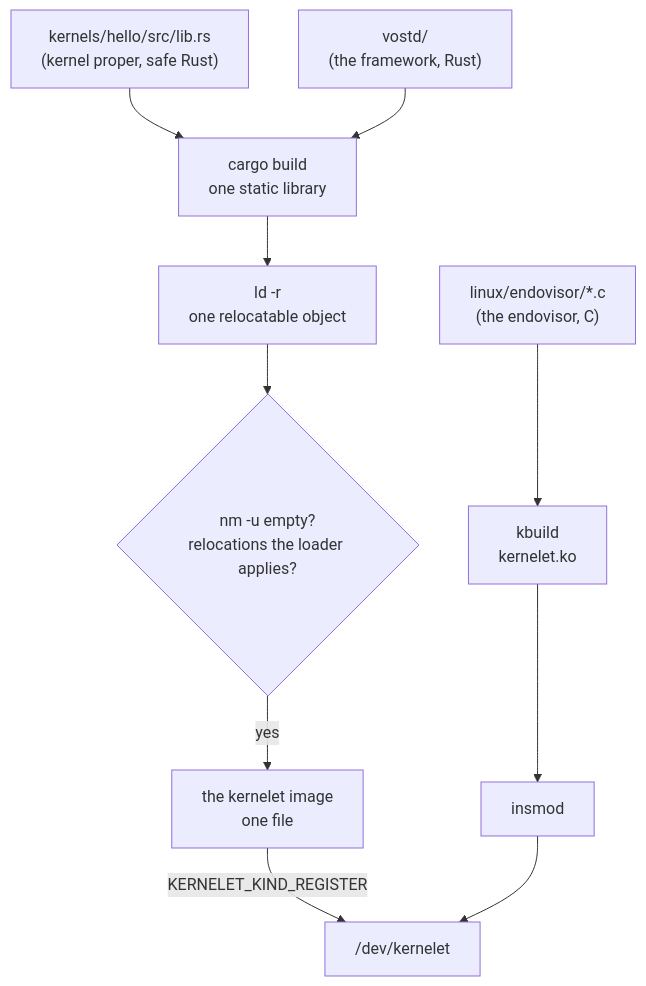
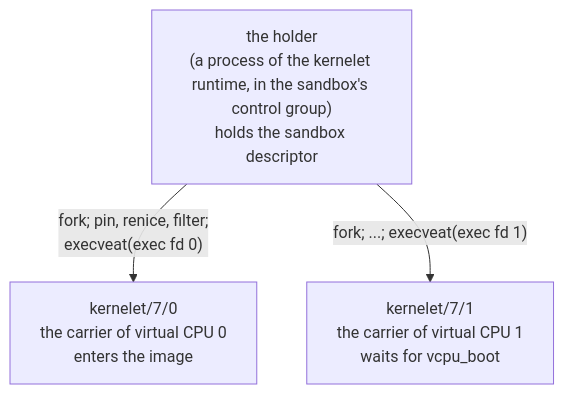
Before and after one commit to Plucky923/kernelet: the first of 3 diagrams in src/the-kernelet-uapi.md, drawn with Mermaid. The commit also changed other lines of this file and 7 other files, not shown here.

````diff
--- a/src/the-kernelet-uapi.md
+++ b/src/the-kernelet-uapi.md
@@ -15,10 +133,6 @@
 ```mermaid
 flowchart TB
-    hello["kernels/hello/src/lib.rs<br/>(kernel proper, safe Rust)"] --> cargo
-    vostd["vostd/<br/>(the framework, Rust)"] --> cargo
-    cargo["cargo build<br/>one static library"] --> ld["ld -r<br/>one relocatable object"]
-    ld --> check{"nm -u empty?<br/>relocations the loader applies?"}
-    check -- yes --> image["the kernelet image<br/>one file"]
-    image -- "KERNELET_KIND_REGISTER" --> dev["/dev/kernelet"]
-    endo["linux/endovisor/*.c<br/>(the endovisor, C)"] --> kbuild["kbuild<br/>kernelet.ko"] --> insmod["insmod"] --> dev
+    h["the holder<br/>(a process of the kernelet runtime, in the sandbox's control group)<br/>holds the sandbox descriptor"]
+    h -- "fork; pin, renice, filter;<br/>execveat(exec fd 0)" --> c0["kernelet/7/0<br/>the carrier of virtual CPU 0<br/>enters the image"]
+    h -- "fork; ...; execveat(exec fd 1)" --> c1["kernelet/7/1<br/>the carrier of virtual CPU 1<br/>waits for vcpu_boot"]
 ```
````
